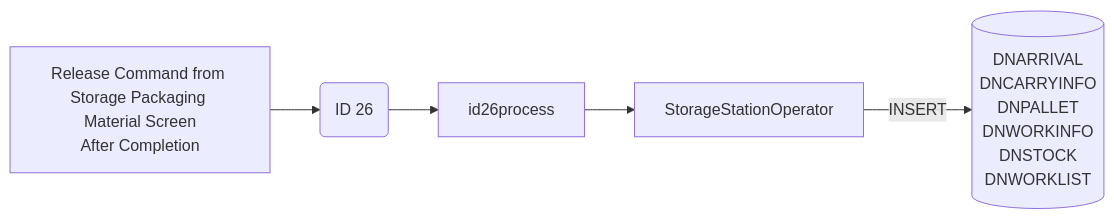
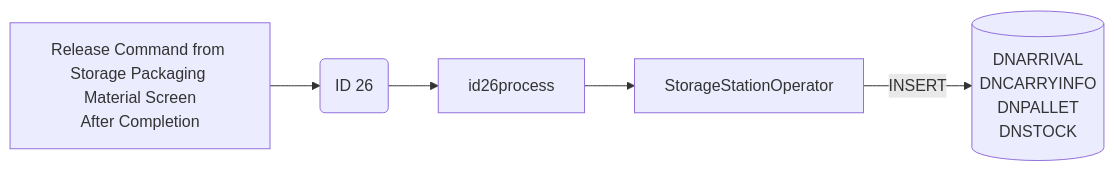
Before and after one commit to luthfiadityaa/SimeDarby-Wiki: the third of 11 diagrams in Basic-Design/DFD-WMS/Storage/Planned-Storage-Packaging-Material.md, drawn with Mermaid. The commit also changed other lines of this file, not shown here.

```diff
--- a/Basic-Design/DFD-WMS/Storage/Planned-Storage-Packaging-Material.md
+++ b/Basic-Design/DFD-WMS/Storage/Planned-Storage-Packaging-Material.md
@@ -179,26 +179,24 @@
 ::: mermaid
 flowchart LR
 
 releaseCommand["
 Release Command from Storage Packaging Material Screen
 After Completion 
 "]
 
 id26msg("
 ID 26
 ")
 
 id26-insert[("
 DNARRIVAL
 DNCARRYINFO
 DNPALLET
-DNWORKINFO
 DNSTOCK
-DNWORKLIST
 ")]
 
 StorageStationOperator[StorageStationOperator]
 
 releaseCommand-->id26msg-->id26process-->StorageStationOperator
 StorageStationOperator--> |INSERT| id26-insert
 :::
```
